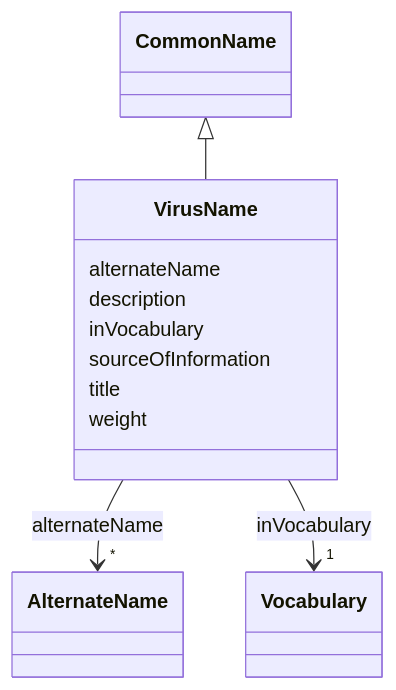
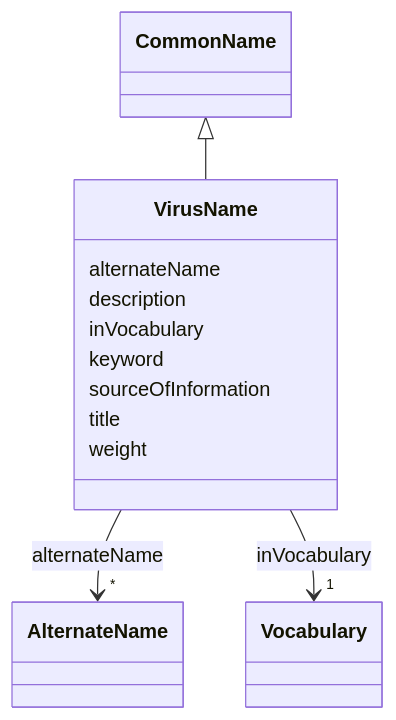
Before and after one commit to EVORA-project/evora-ontology: the diagram in models/docs/VirusName.md, drawn with Mermaid. The commit also changed other lines of this file and 402 other files, not shown here.

````diff
--- a/models/docs/VirusName.md
+++ b/models/docs/VirusName.md
@@ -19,35 +19,37 @@
 ```mermaid
  classDiagram
     class VirusName
     click VirusName href "../VirusName"
       CommonName <|-- VirusName
         click CommonName href "../CommonName"
       
       VirusName : alternateName
         
           
     
     
     VirusName --> "*" AlternateName : alternateName
     click AlternateName href "../AlternateName"
 
         
       VirusName : description
         
       VirusName : inVocabulary
         
           
     
     
     VirusName --> "1" Vocabulary : inVocabulary
     click Vocabulary href "../Vocabulary"
 
         
+      VirusName : keyword
+        
       VirusName : sourceOfInformation
         
       VirusName : title
         
       VirusName : weight
         
       
 ```
````
